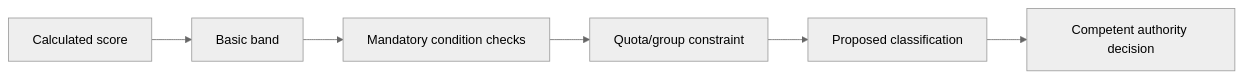
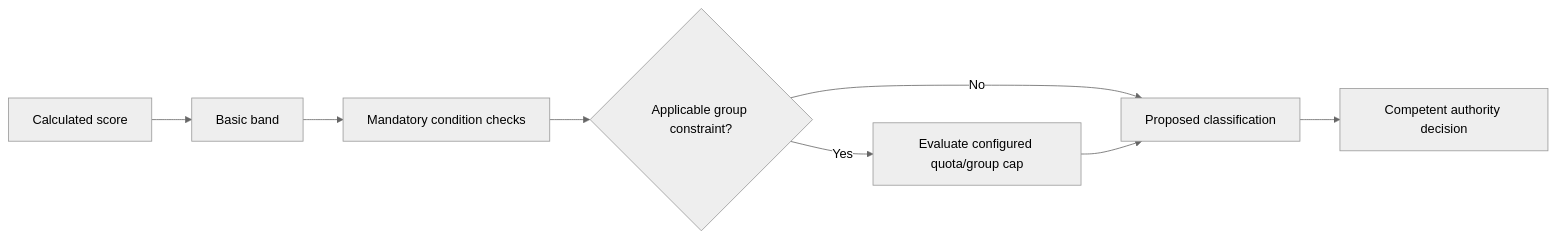
Before and after one commit to chotr/BTCTU: the diagram in docs/03-business/classification-rules.md, drawn with Mermaid (neutral theme). The commit also changed other lines of this file and 10 other files, not shown here.

````diff
--- a/docs/03-business/classification-rules.md
+++ b/docs/03-business/classification-rules.md
@@ -35,8 +39,10 @@
 ```mermaid
 flowchart LR
   S["Calculated score"] --> B["Basic band"]
   B --> G["Mandatory condition checks"]
-  G --> Q["Quota/group constraint"]
-  Q --> P["Proposed classification"]
+  G --> C{"Applicable group constraint?"}
+  C -->|"Yes"| Q["Evaluate configured quota/group cap"]
+  C -->|"No"| P["Proposed classification"]
+  Q --> P
   P --> A["Competent authority decision"]
 ```
````
